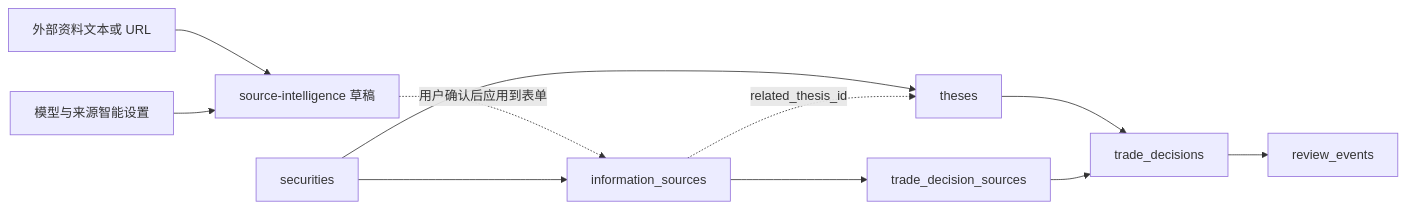
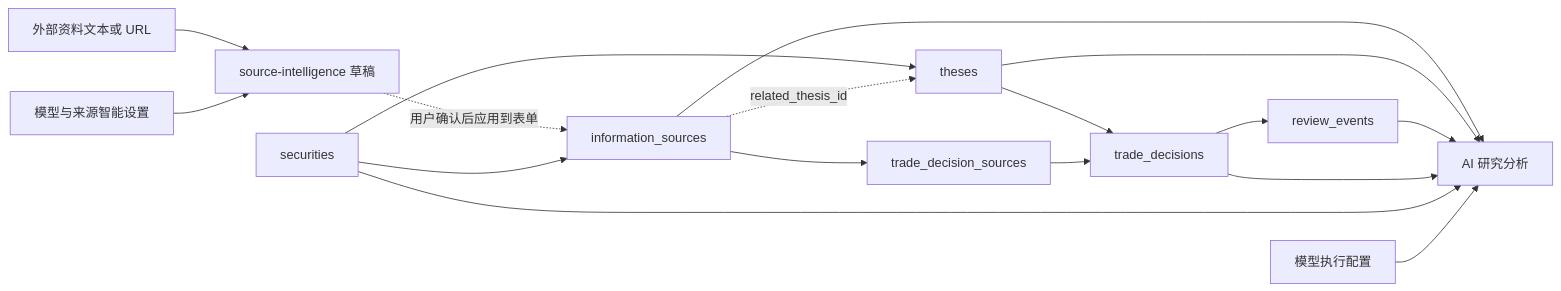
Before and after one commit to wongziu/Personal-Financial-Tools: the fourth of 8 diagrams in docs/function-knowledge-graph.md, drawn with Mermaid. The commit also changed other lines of this file and 16 other files, not shown here.

````diff
--- a/docs/function-knowledge-graph.md
+++ b/docs/function-knowledge-graph.md
@@ -118,14 +119,20 @@
 ```mermaid
 flowchart LR
   ExternalText["外部资料文本或 URL"] --> SourceDraft["source-intelligence 草稿"]
   Settings["模型与来源智能设置"] --> SourceDraft
   SourceDraft -.->|用户确认后应用到表单| Sources["information_sources"]
 
   Securities["securities"] --> Sources
   Securities --> Theses["theses"]
   Sources -.->|related_thesis_id| Theses
   Theses --> TradeDecisions["trade_decisions"]
   Sources --> TradeDecisionSources["trade_decision_sources"]
   TradeDecisionSources --> TradeDecisions
   TradeDecisions --> ReviewEvents["review_events"]
+  Sources --> ResearchAi["AI 研究分析"]
+  Theses --> ResearchAi
+  ReviewEvents --> ResearchAi
+  TradeDecisions --> ResearchAi
+  Securities --> ResearchAi
+  ModelConfig["模型执行配置"] --> ResearchAi
 ```
````
